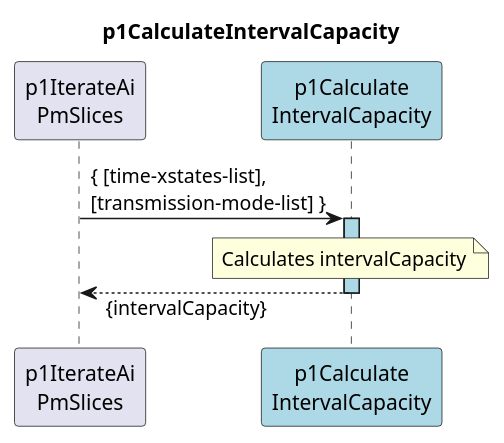
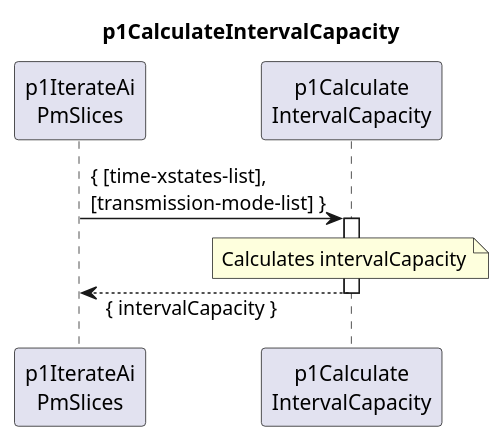
The diagram in spec/Functions/p1StreamPmData/p1ProcessDevice/p1CreateResultCc/p1IterateAiPmSlices/p1CalculateIntervalCapacity/1.0.0/p1CalculateIntervalCapacity.plantuml (openBackhaul/DevicePerformanceManagementDataProcessor), drawn with PlantUML before and after one commit. The commit also changed 9 other files, not shown here.

Commit message:
Recollor p1IterateAiPmSlices and sub diagrams

```diff
--- a/spec/Functions/p1StreamPmData/p1ProcessDevice/p1CreateResultCc/p1IterateAiPmSlices/p1CalculateIntervalCapacity/1.0.0/p1CalculateIntervalCapacity.plantuml
+++ b/spec/Functions/p1StreamPmData/p1ProcessDevice/p1CreateResultCc/p1IterateAiPmSlices/p1CalculateIntervalCapacity/1.0.0/p1CalculateIntervalCapacity.plantuml
@@ -1,19 +1,19 @@
 @startuml p1CalculateIntervalCapacity
 skinparam responseMessageBelowArrow true
 
 title
   p1CalculateIntervalCapacity
 end title
 
 participant "p1IterateAi\nPmSlices" as requestor
-participant "p1Calculate\nIntervalCapacity" as intCC #LightBlue
+participant "p1Calculate\nIntervalCapacity" as intCC
 
   requestor -> intCC : { [time-xstates-list],\n[transmission-mode-list] }
-  activate intCC #LightBlue
+  activate intCC
     note over intCC
       Calculates intervalCapacity
     end note
-  requestor <-- intCC: {intervalCapacity}
+  requestor <-- intCC: { intervalCapacity }
   deactivate intCC
 
 @enduml
```
